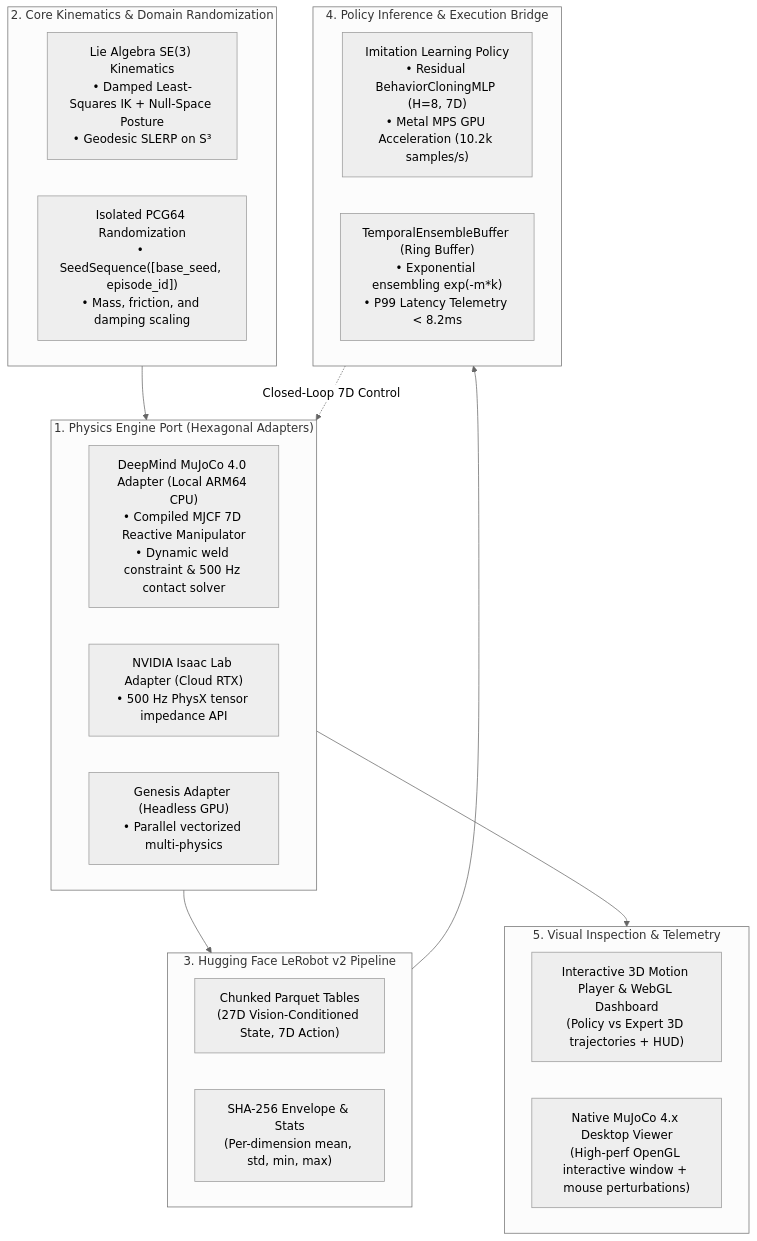
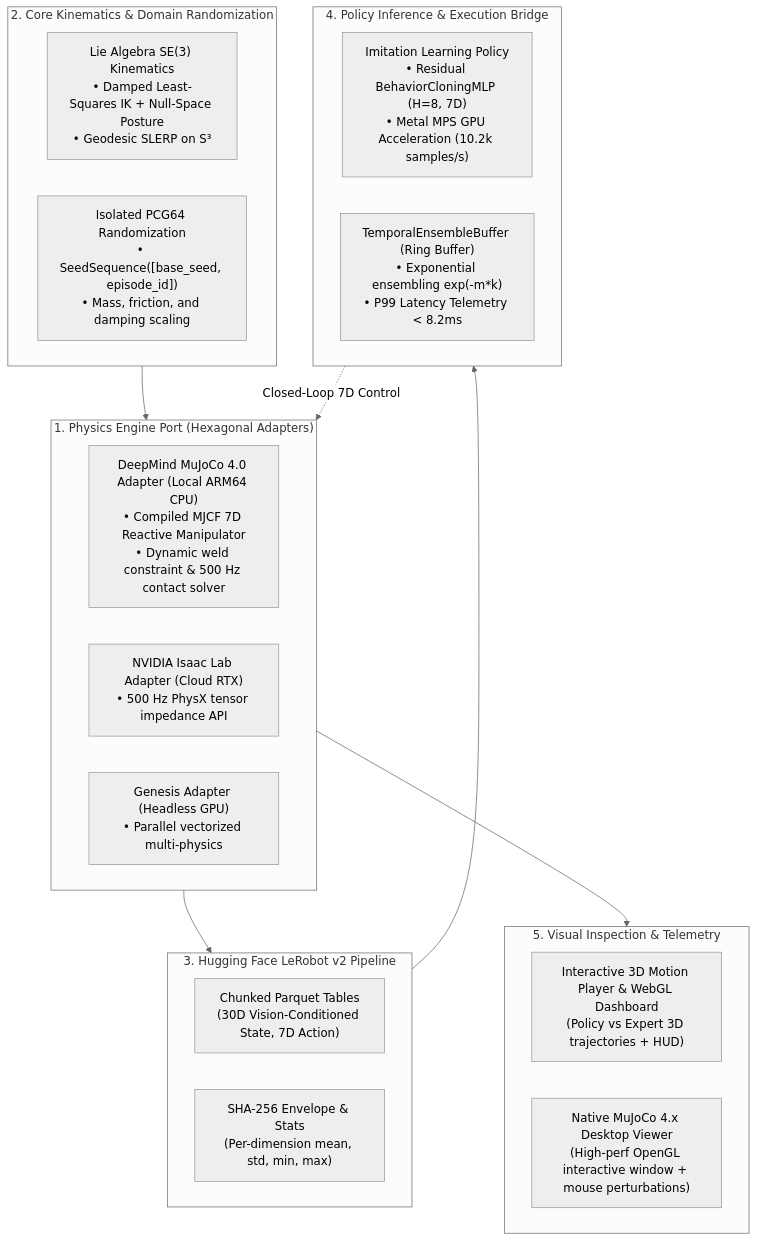
The diagram in ARTICLE_DRAFT.md (LeanoA/sim2real-data-engine), drawn with Mermaid (neutral theme) before and after one commit. The commit also changed other lines of this file, not shown here.

````diff
--- a/ARTICLE_DRAFT.md
+++ b/ARTICLE_DRAFT.md
@@ -36,34 +36,34 @@
 ```mermaid
 flowchart TB
     subgraph Simulators["1. Physics Engine Port (Hexagonal Adapters)"]
         M["DeepMind MuJoCo 4.0 Adapter (Local ARM64 CPU)<br/>• Compiled MJCF 7D Reactive Manipulator<br/>• Dynamic weld constraint & 500 Hz contact solver"]
         I["NVIDIA Isaac Lab Adapter (Cloud RTX)<br/>• 500 Hz PhysX tensor impedance API"]
         G["Genesis Adapter (Headless GPU)<br/>• Parallel vectorized multi-physics"]
     end
 
     subgraph Core["2. Core Kinematics & Domain Randomization"]
         K["Lie Algebra SE(3) Kinematics<br/>• Damped Least-Squares IK + Null-Space Posture<br/>• Geodesic SLERP on S³"]
         DR["Isolated PCG64 Randomization<br/>• SeedSequence([base_seed, episode_id])<br/>• Mass, friction, and damping scaling"]
     end
 
     subgraph Export["3. Hugging Face LeRobot v2 Pipeline"]
-        P["Chunked Parquet Tables<br/>(27D Vision-Conditioned State, 7D Action)"]
+        P["Chunked Parquet Tables<br/>(30D Vision-Conditioned State, 7D Action)"]
         S["SHA-256 Envelope & Stats<br/>(Per-dimension mean, std, min, max)"]
     end
 
     subgraph PolicyBridge["4. Policy Inference & Execution Bridge"]
         ACT["Imitation Learning Policy<br/>• Residual BehaviorCloningMLP (H=8, 7D)<br/>• Metal MPS GPU Acceleration (10.2k samples/s)"]
         BUF["TemporalEnsembleBuffer (Ring Buffer)<br/>• Exponential ensembling exp(-m*k)<br/>• P99 Latency Telemetry < 8.2ms"]
     end
 
     subgraph Vis["5. Visual Inspection & Telemetry"]
         PLT["Interactive 3D Motion Player & WebGL Dashboard<br/>(Policy vs Expert 3D trajectories + HUD)"]
         GUI["Native MuJoCo 4.x Desktop Viewer<br/>(High-perf OpenGL interactive window + mouse perturbations)"]
     end
 
     Core --> Simulators
     Simulators --> Export
     Export --> PolicyBridge
     PolicyBridge -.->|"Closed-Loop 7D Control"| Simulators
     Simulators --> Vis
 ```
````
